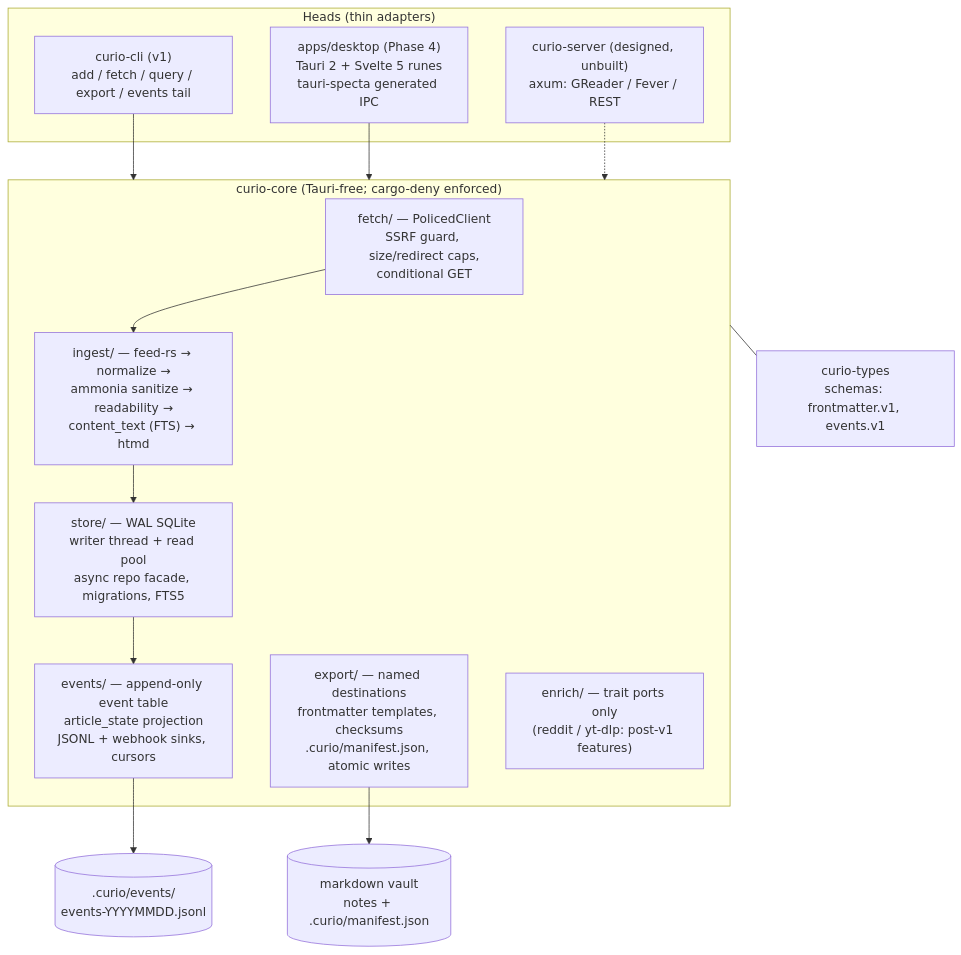
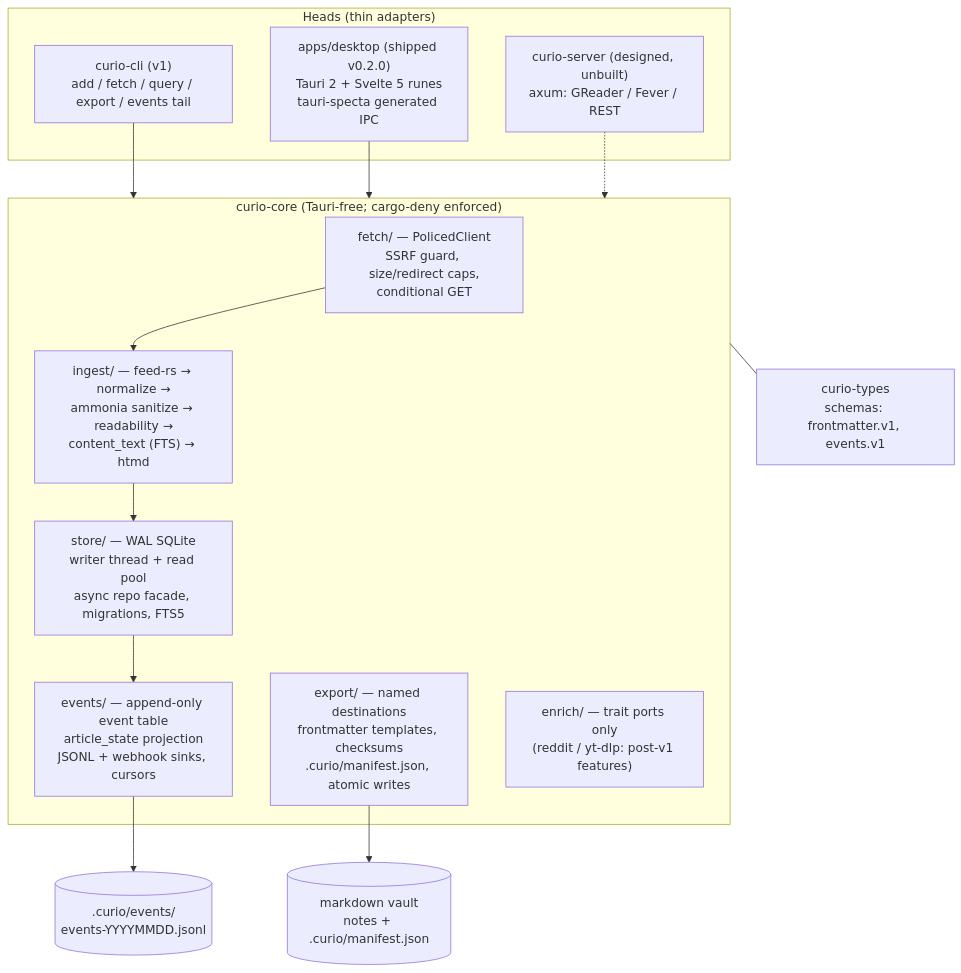
One commit to alexnodeland/curio-rss changed the diagram in docs/design/architecture.md. Above: the diagram before and after it, drawn with Mermaid. The commit also changed other lines of this file and 11 other files, not shown here.

````diff
--- a/docs/design/architecture.md
+++ b/docs/design/architecture.md
@@ -32,27 +32,27 @@
 ```mermaid
 flowchart TB
   subgraph heads["Heads (thin adapters)"]
     CLI["curio-cli (v1)<br/>add / fetch / query / export / events tail"]
-    DESK["apps/desktop (Phase 4)<br/>Tauri 2 + Svelte 5 runes<br/>tauri-specta generated IPC"]
+    DESK["apps/desktop (shipped v0.2.0)<br/>Tauri 2 + Svelte 5 runes<br/>tauri-specta generated IPC"]
     SRV["curio-server (designed, unbuilt)<br/>axum: GReader / Fever / REST"]
   end
   subgraph core["curio-core (Tauri-free; cargo-deny enforced)"]
     FETCH["fetch/ — PolicedClient<br/>SSRF guard, size/redirect caps,<br/>conditional GET"]
     INGEST["ingest/ — feed-rs → normalize →<br/>ammonia sanitize → readability →<br/>content_text (FTS) → htmd"]
     STORE["store/ — WAL SQLite<br/>writer thread + read pool<br/>async repo facade, migrations, FTS5"]
     EVENTS["events/ — append-only event table<br/>article_state projection<br/>JSONL + webhook sinks, cursors"]
     EXPORT["export/ — named destinations<br/>frontmatter templates, checksums<br/>.curio/manifest.json, atomic writes"]
     ENRICH["enrich/ — trait ports only<br/>(reddit / yt-dlp: post-v1 features)"]
   end
   TYPES["curio-types<br/>schemas: frontmatter.v1, events.v1"]
   VAULT[("markdown vault<br/>notes + .curio/manifest.json")]
   JSONL[(".curio/events/<br/>events-YYYYMMDD.jsonl")]
   CLI --> core
   DESK --> core
   SRV -.-> core
   FETCH --> INGEST --> STORE
   STORE --> EVENTS
   EXPORT --> VAULT
   EVENTS --> JSONL
   core --- TYPES
 ```
````
